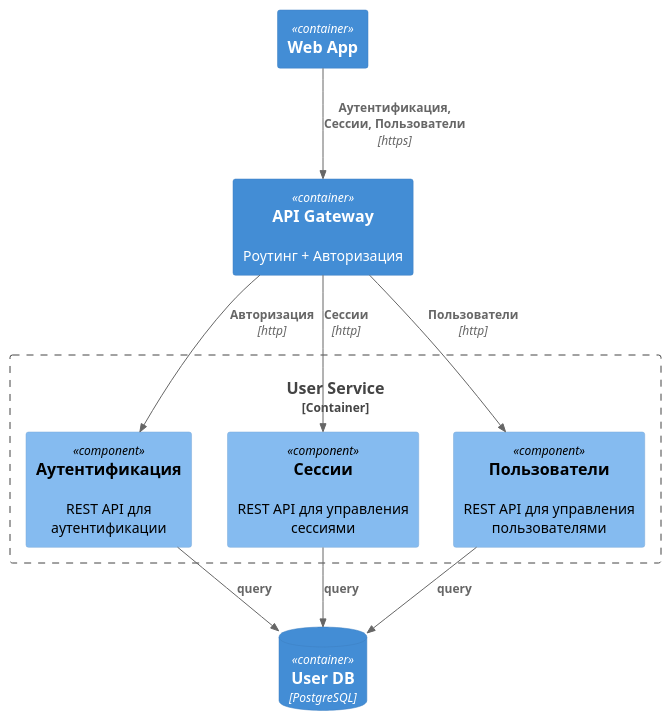
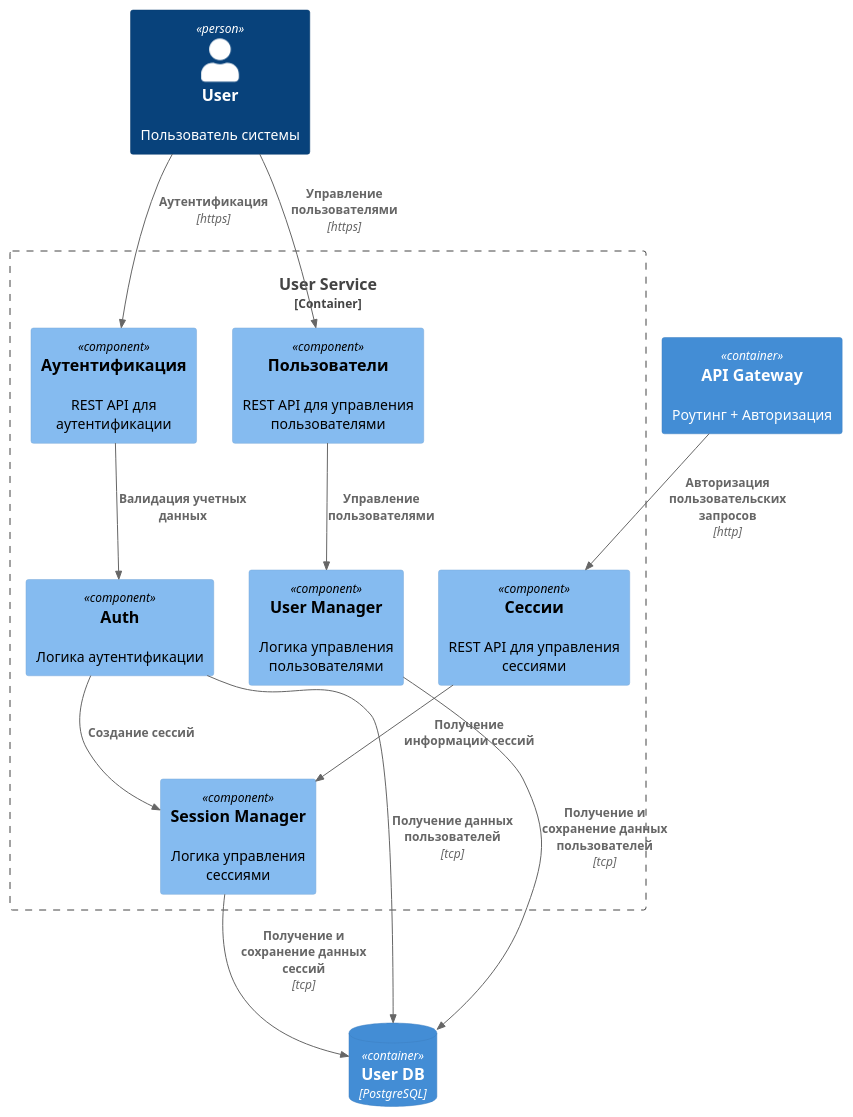
One commit to dengaleev/practicum-warmhouse changed the first of 6 diagrams in docs/2be_component.puml. Above: the diagram before and after it, drawn with PlantUML. The commit also changed other lines of this file, not shown here.

```diff
--- a/docs/2be_component.puml
+++ b/docs/2be_component.puml
@@ -4,25 +4,31 @@
 @startuml C4_Component_ToBeSystem_UserService
 
 !include https://raw.githubusercontent.com/plantuml-stdlib/C4-PlantUML/master/C4_Component.puml
 
-Container(web_app, "Web App", "", "")
+Person(user, "User", "Пользователь системы")
 Container(api_gateway, "API Gateway", "", "Роутинг + Авторизация")
-
 ContainerDb(user_db, "User DB", "PostgreSQL", "")
 
 Container_Boundary(user_service, "User Service") {
-    Component(auth_controller, "Аутентификация", "", "REST API для аутентификации")
-    Component(session_controller, "Сессии", "", "REST API для управления сессиями")
-    Component(user_controller, "Пользователи", "", "REST API для управления пользователями")
+    Component(auth_handler, "Аутентификация", "", "REST API для аутентификации")
+    Component(session_handler, "Сессии", "", "REST API для управления сессиями")
+    Component(user_handler, "Пользователи", "", "REST API для управления пользователями")
+
+    Component(auth, "Auth", "", "Логика аутентификации")
+    Component(session_manager, "Session Manager", "", "Логика управления сессиями")
+    Component(user_manager, "User Manager", "", "Логика управления пользователями")
 }
 
-Rel(web_app, api_gateway, "Аутентификация, Сессии, Пользователи", "https")
-Rel(api_gateway, auth_controller, "Авторизация", "http")
-Rel(api_gateway, user_controller, "Пользователи", "http")
-Rel(api_gateway, session_controller, "Сессии", "http")
+Rel(user, user_handler, "Управление пользователями", "https")
+Rel(user, auth_handler, "Аутентификация", "https")
 
-Rel(auth_controller, user_db, "query", "")
-Rel(session_controller, user_db, "query", "")
-Rel(user_controller, user_db, "query", "")
+Rel(api_gateway, session_handler, "Авторизация пользовательских запросов", "http")
+Rel(auth_handler, auth, "Валидация учетных данных", "")
+Rel(auth, user_db, "Получение данных пользователей", "tcp")
+Rel(auth, session_manager, "Создание сессий", "")
+Rel(session_handler, session_manager, "Получение информации сессий", "")
+Rel(session_manager, user_db, "Получение и сохранение данных сессий", "tcp")
+Rel(user_handler, user_manager, "Управление пользователями", "")
+Rel(user_manager, user_db, "Получение и сохранение данных пользователей", "tcp")
 
 @enduml
```
